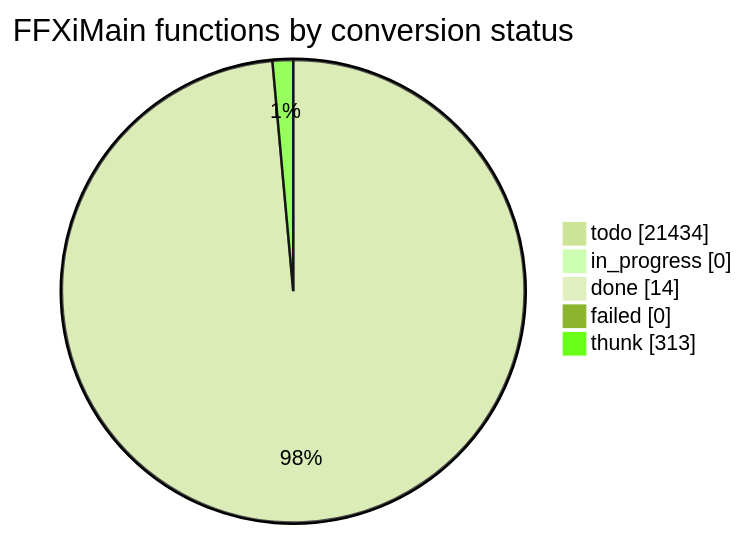
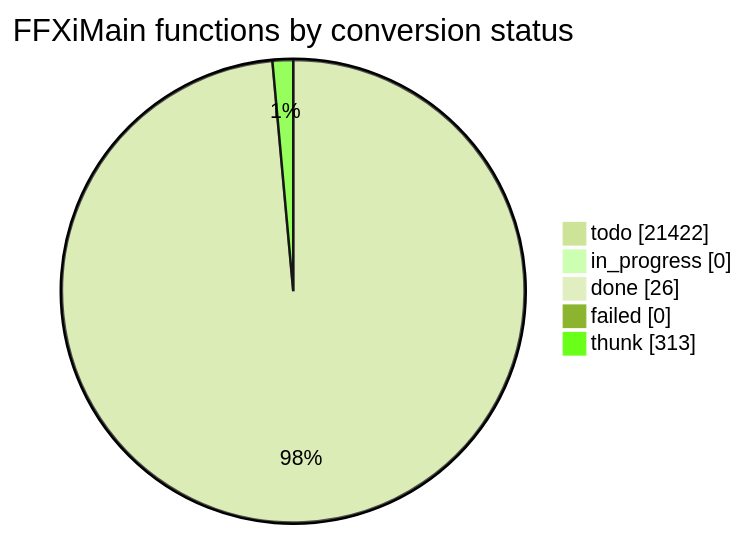
One commit to cowrevenge/cow_kuluu_xi_anything changed the diagram in docs/cow/STATUS.md. Above: the diagram before and after it, drawn with Mermaid (forest theme). The commit also changed other lines of this file and 19 other files, not shown here.

````diff
--- a/docs/cow/STATUS.md
+++ b/docs/cow/STATUS.md
@@ -18,9 +18,9 @@
 ```mermaid
 pie showData
     title FFXiMain functions by conversion status
-    "todo" : 21434
+    "todo" : 21422
     "in_progress" : 0
-    "done" : 14
+    "done" : 26
     "failed" : 0
     "thunk" : 313
 ```
````
